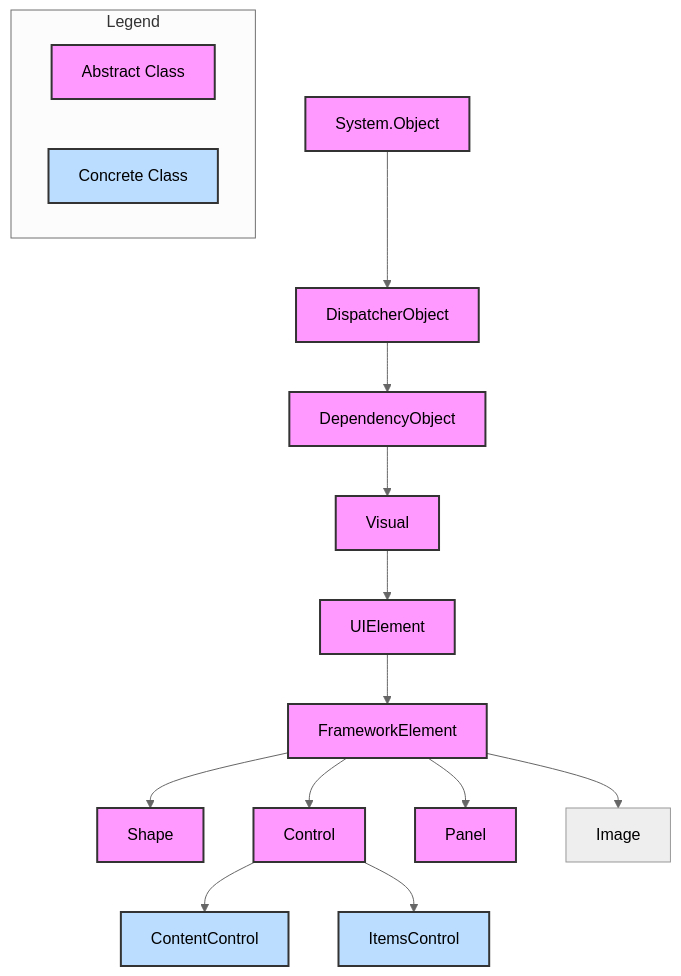
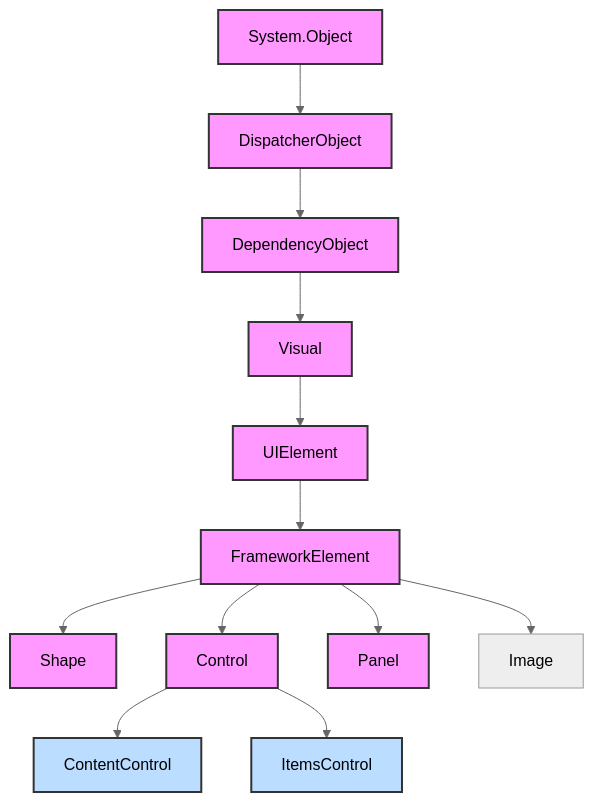
The second of 15 diagrams in WPF.md (xiaoYoc/CSharp-Learning-Notes-In-a-Nutshell), drawn with Mermaid (neutral theme) before and after one commit. The commit also changed other lines of this file and 5 other files, not shown here.

````diff
--- a/WPF.md
+++ b/WPF.md
@@ -266,27 +268,22 @@
 ```mermaid
 flowchart TD
     A[System.Object] --> B[DispatcherObject]
     B --> C[DependencyObject]
     C --> D[Visual]
     D --> E[UIElement]
     E --> F[FrameworkElement]
     
     F --> G[Shape]
     F --> H[Control]
     F --> I[Panel]
     F --> S[Image]
     
     H --> J[ContentControl]
     H --> K[ItemsControl]
     
     classDef abstract fill:#f9f,stroke:#333,stroke-width:2px
     classDef concrete fill:#bdf,stroke:#333,stroke-width:2px
     
     class A,B,C,D,E,F,G,H,I abstract
     class J,K concrete
-    
-    subgraph Legend
-        L[Abstract Class]:::abstract
-        M[Concrete Class]:::concrete
-    end
 ```
````
